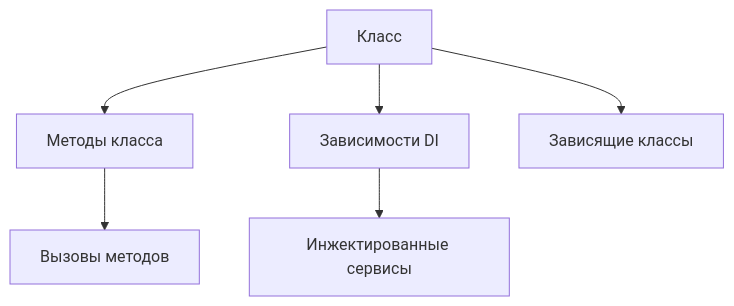
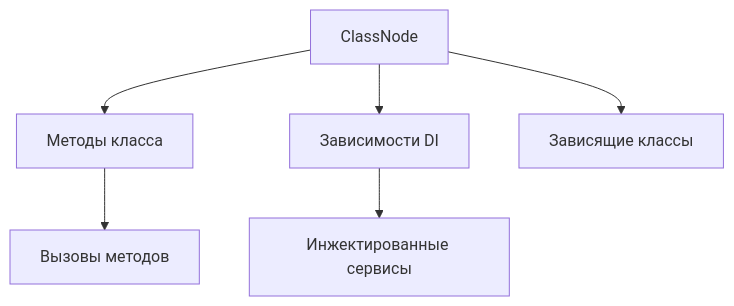
One commit to Lezhik/SpringTwin changed the second of 4 diagrams in src/main/java/twin/spring/report/AGENTS.md. Above: the diagram before and after it, drawn with Mermaid. The commit also changed other lines of this file and 73 other files, not shown here.

Commit message:
Sprint 1: Project Setup: Test architecture

````diff
--- a/src/main/java/twin/spring/report/AGENTS.md
+++ b/src/main/java/twin/spring/report/AGENTS.md
@@ -66,8 +66,8 @@
 ```mermaid
 graph TD
-    Class[Класс] --> Methods[Методы класса]
-    Class --> Dependencies[Зависимости DI]
-    Class --> Dependents[Зависящие классы]
+    ClassNode[ClassNode] --> Methods[Методы класса]
+    ClassNode --> Dependencies[Зависимости DI]
+    ClassNode --> Dependents[Зависящие классы]
     Methods --> Calls[Вызовы методов]
     Dependencies --> InjectedServices[Инжектированные сервисы]
 ```
````
